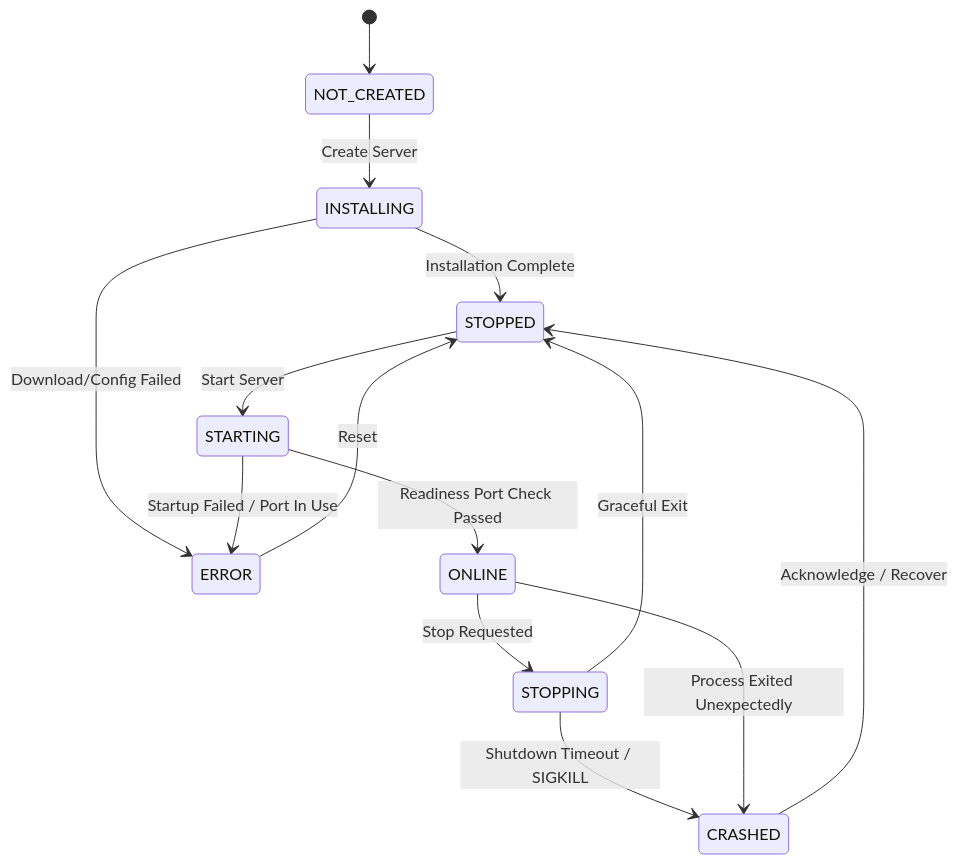
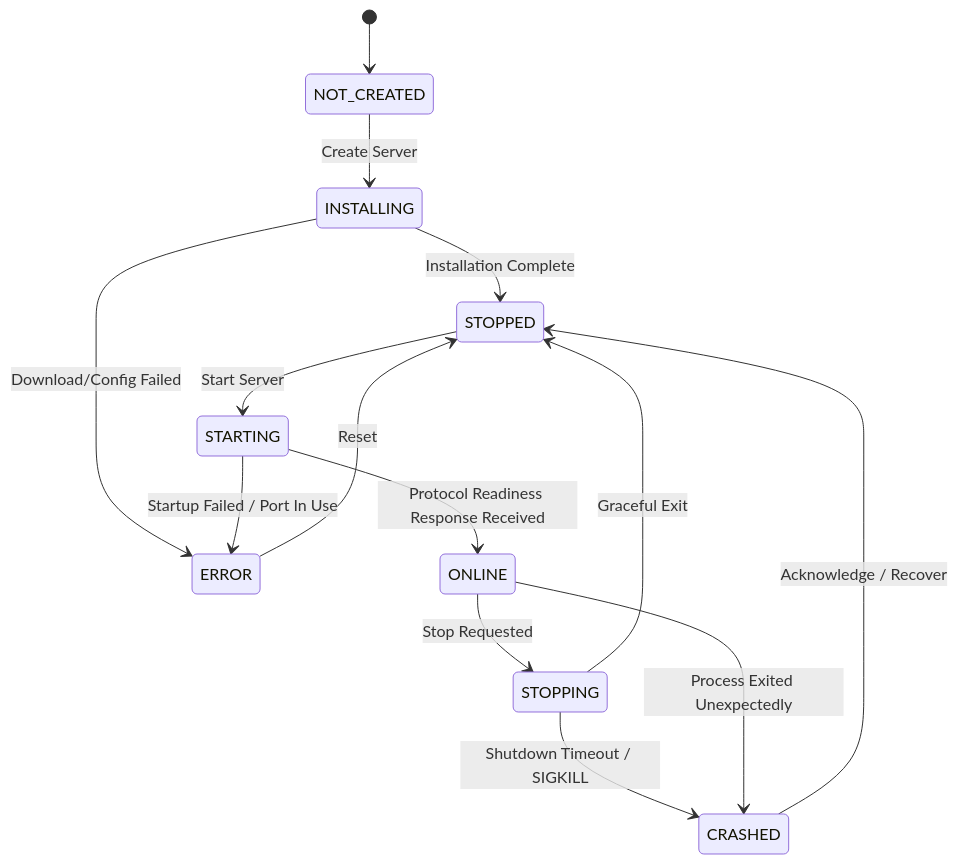
Before and after one commit to nomanaqil56/MineHost: the third of 4 diagrams in docs/ARCHITECTURE.md, drawn with Mermaid. The commit also changed other lines of this file, not shown here.

Commit message:
docs: align architecture diagram with actual runtime and network status

````diff
--- a/docs/ARCHITECTURE.md
+++ b/docs/ARCHITECTURE.md
@@ -99,19 +101,19 @@
 ```mermaid
 stateDiagram-v2
     [*] --> NOT_CREATED
     NOT_CREATED --> INSTALLING: Create Server
     INSTALLING --> STOPPED: Installation Complete
     INSTALLING --> ERROR: Download/Config Failed
     
     STOPPED --> STARTING: Start Server
-    STARTING --> ONLINE: Readiness Port Check Passed
+    STARTING --> ONLINE: Protocol Readiness Response Received
     STARTING --> ERROR: Startup Failed / Port In Use
     
     ONLINE --> STOPPING: Stop Requested
     STOPPING --> STOPPED: Graceful Exit
     STOPPING --> CRASHED: Shutdown Timeout / SIGKILL
     
     ONLINE --> CRASHED: Process Exited Unexpectedly
     CRASHED --> STOPPED: Acknowledge / Recover
     ERROR --> STOPPED: Reset
 ```
````
